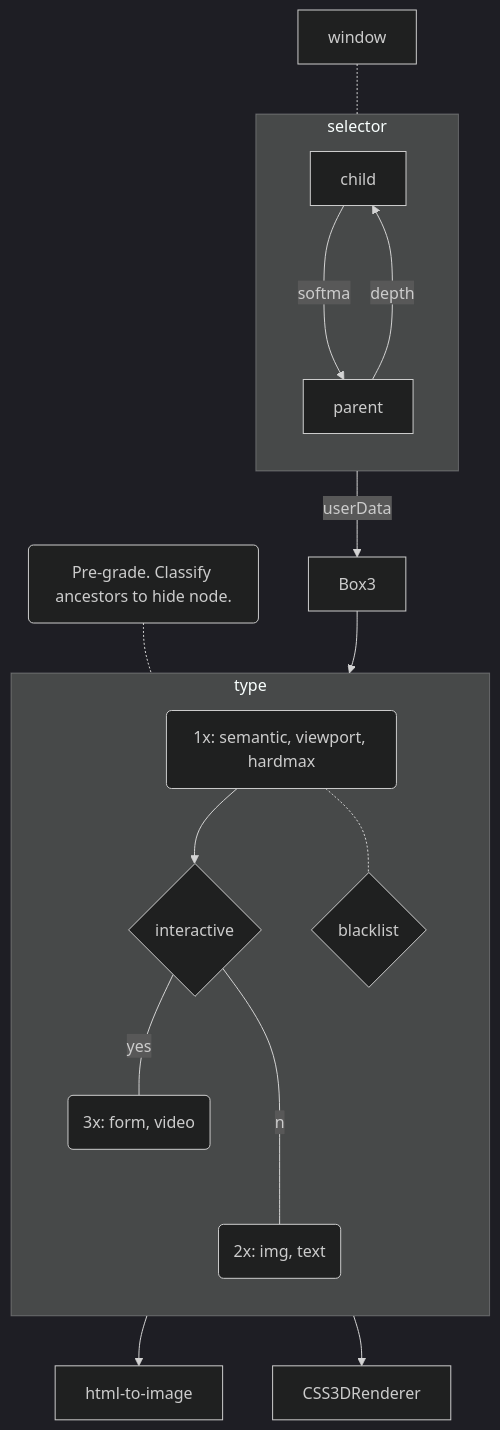
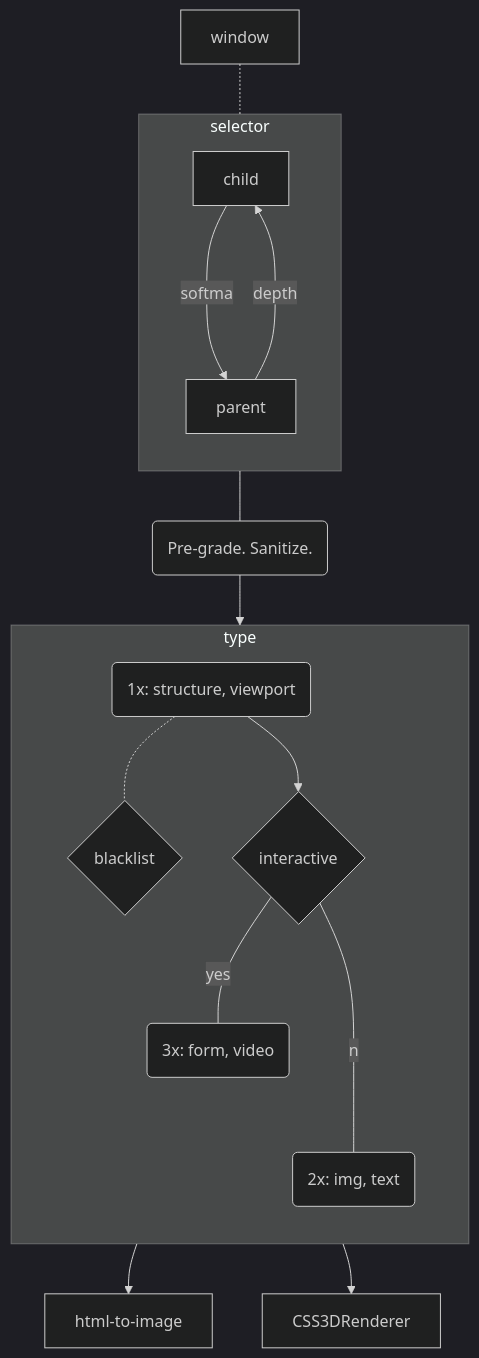
Before and after one commit to KurtPachinger/mpos-precept: the diagram in README.md, drawn with Mermaid (dark theme).

````diff
--- a/README.md
+++ b/README.md
@@ -5,33 +5,30 @@
 ```mermaid
 flowchart TB
 
 window-.-selector
 subgraph selector
  direction TB
  child--softmax-->parent
  parent--depth-->child
 end
 
-
-grade("Pre-grade. Classify ancestors to hide node.")
+grade("Pre-grade. Sanitize.")
   
 
-grade-.-b
-selector--userData-->Box3-->a
 
-
+selector---grade-->a
 
 subgraph type
   direction TB
 
-  a("1x: semantic, viewport, hardmax")
+  a("1x: structure, viewport")
   a-.-tag{blacklist}
   a-->b{interactive}
   b--no---poster("2x: img, text")
   b--yes---native("3x: form, video")
 
 end
 
 poster-->html-to-image
 native-->CSS3DRenderer
 ```
````
